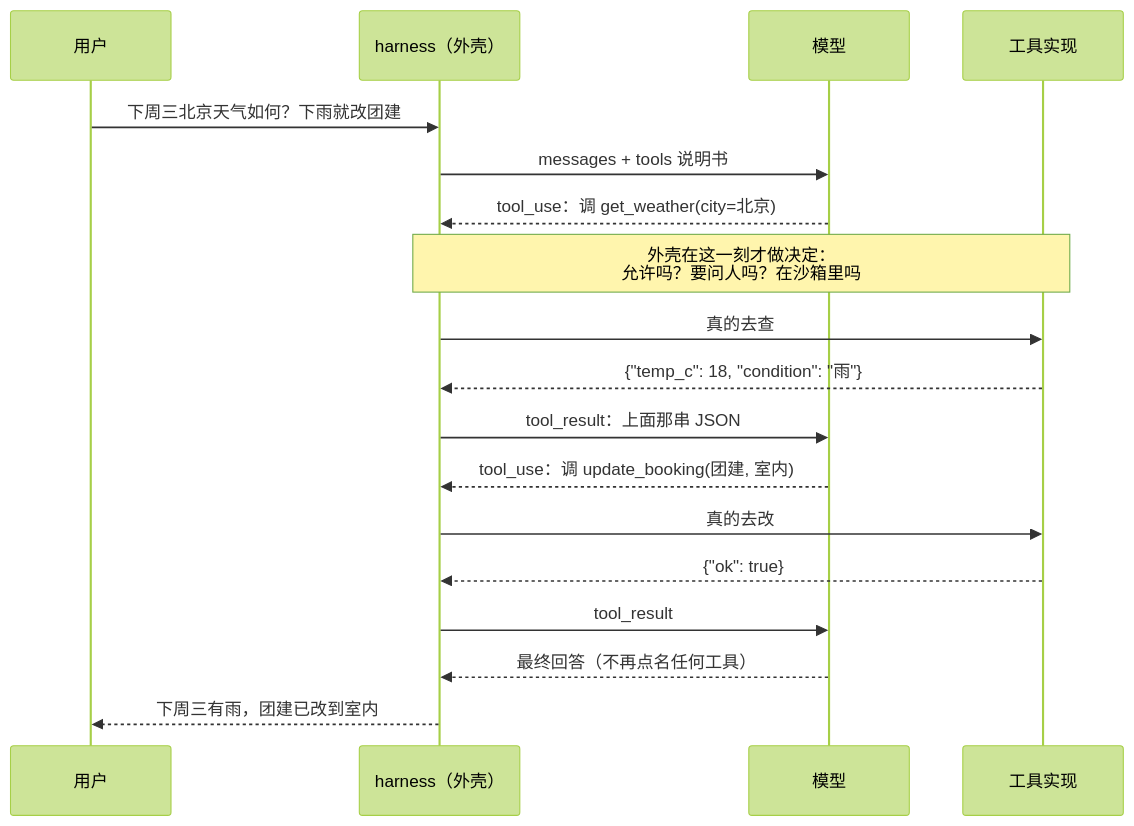
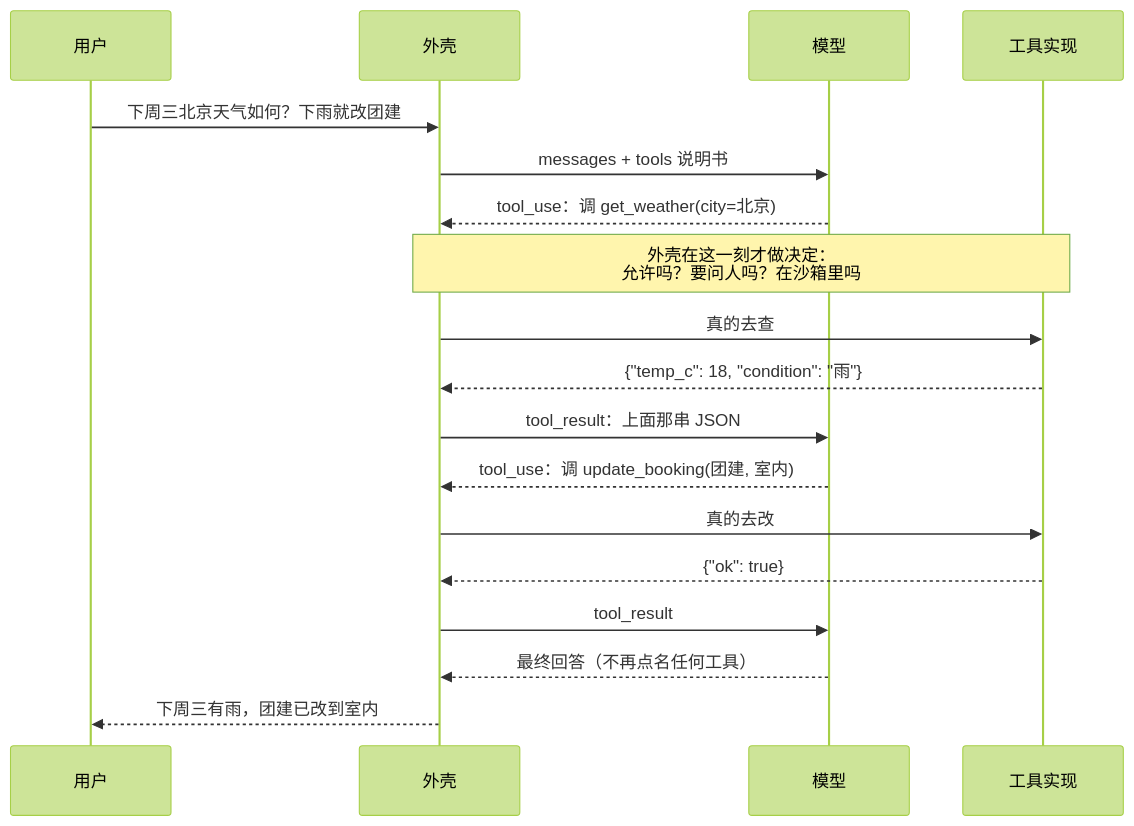
The second of 4 diagrams in part-5-agent功能实现/ch23-tool-calling与RAG.md (Laughingtt/agentkit), drawn with Mermaid (forest theme) before and after one commit. The commit also changed other lines of this file and 2 other files, not shown here.

````diff
--- a/part-5-agent功能实现/ch23-tool-calling与RAG.md
+++ b/part-5-agent功能实现/ch23-tool-calling与RAG.md
@@ -159,21 +159,21 @@
 ```mermaid
 sequenceDiagram
     participant U as 用户
-    participant H as harness（外壳）
+    participant H as 外壳
     participant M as 模型
     participant T as 工具实现
 
     U->>H: 下周三北京天气如何？下雨就改团建
     H->>M: messages + tools 说明书
     M-->>H: tool_use：调 get_weather(city=北京)
     Note over H,T: 外壳在这一刻才做决定：<br/>允许吗？要问人吗？在沙箱里吗
     H->>T: 真的去查
     T-->>H: {"temp_c": 18, "condition": "雨"}
     H->>M: tool_result：上面那串 JSON
     M-->>H: tool_use：调 update_booking(团建, 室内)
     H->>T: 真的去改
     T-->>H: {"ok": true}
     H->>M: tool_result
     M-->>H: 最终回答（不再点名任何工具）
     H-->>U: 下周三有雨，团建已改到室内
 ```
````
